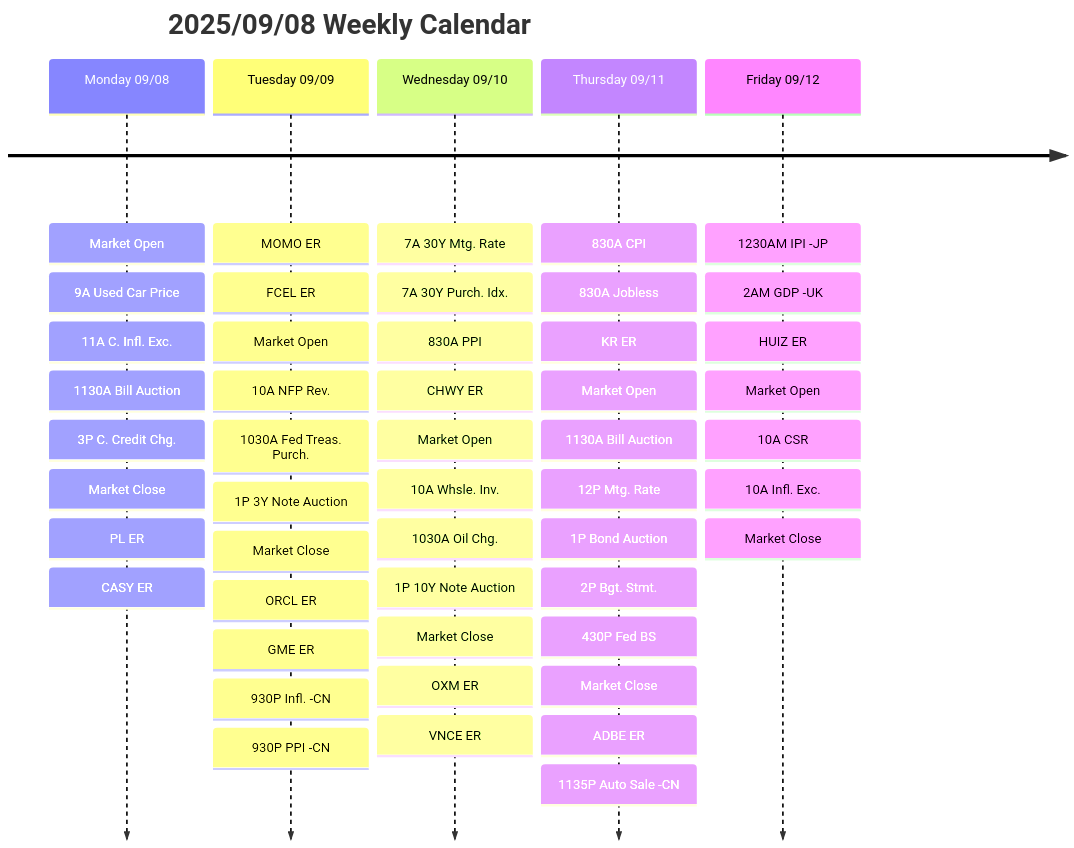
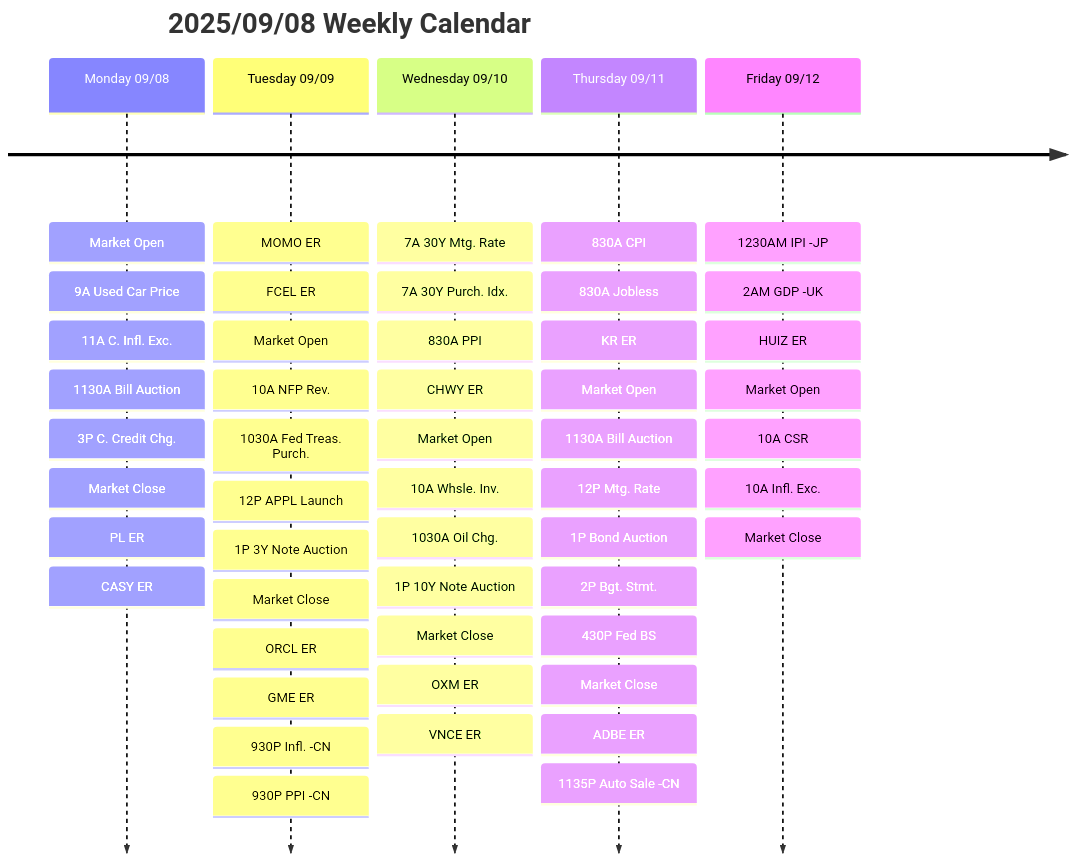
The diagram in forsee/20250908.md (ziangziangziang/InvestmentWeeklyReport), drawn with Mermaid before and after one commit. The commit also changed other lines of this file and 15 other files, not shown here.

````diff
--- a/forsee/20250908.md
+++ b/forsee/20250908.md
@@ -14,58 +5,59 @@
 ```mermaid
 timeline
     title 2025/09/08 Weekly Calendar
     Monday 09/08
         : Market Open
         : 9A Used Car Price
         : 11A C. Infl. Exc.
         : 1130A Bill Auction
         : 3P C. Credit Chg.
         : Market Close
         : PL ER
         : CASY ER
     Tuesday 09/09
         : MOMO ER
         : FCEL ER
         : Market Open
         : 10A NFP Rev.
         : 1030A Fed Treas. Purch.
+        : 12P APPL Launch
         : 1P 3Y Note Auction
         : Market Close
         : ORCL ER
         : GME ER 
         : 930P Infl. -CN
         : 930P PPI -CN
     Wednesday 09/10
         : 7A 30Y Mtg. Rate
         : 7A 30Y Purch. Idx.
         : 830A PPI
         : CHWY ER
         : Market Open
         : 10A Whsle. Inv.
         : 1030A Oil Chg.
         : 1P 10Y Note Auction
         : Market Close
         : OXM ER
         : VNCE ER
     Thursday 09/11
         : 830A CPI
         : 830A Jobless
         : KR ER
         : Market Open
         : 1130A Bill Auction
         : 12P Mtg. Rate
         : 1P Bond Auction
         : 2P Bgt. Stmt.
         : 430P Fed BS
         : Market Close
         : ADBE ER
         : 1135P Auto Sale -CN
     Friday 09/12
         : 1230AM IPI -JP
         : 2AM GDP -UK
         : HUIZ ER
         : Market Open
         : 10A CSR
         : 10A Infl. Exc.
         : Market Close
 ```
````
